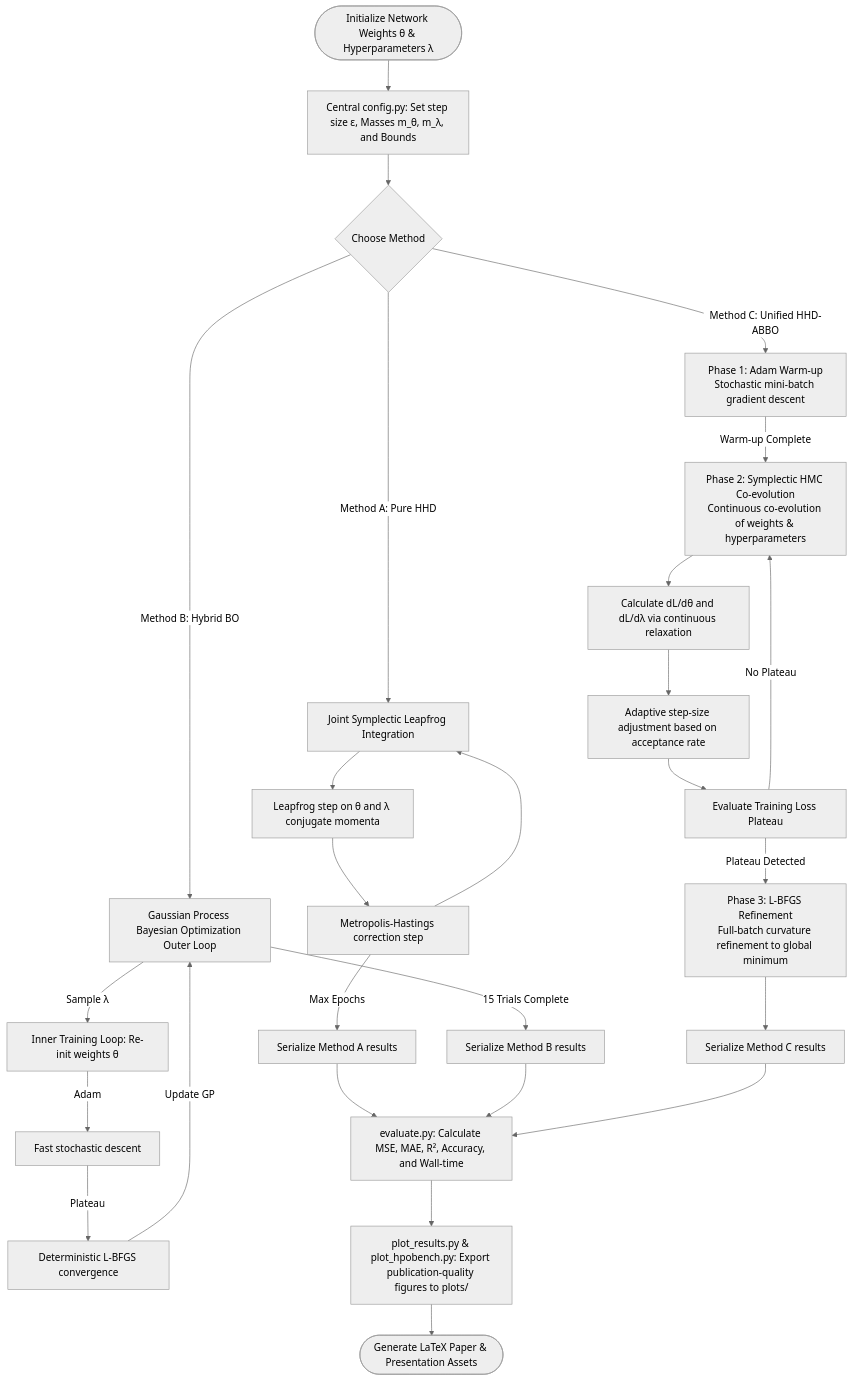
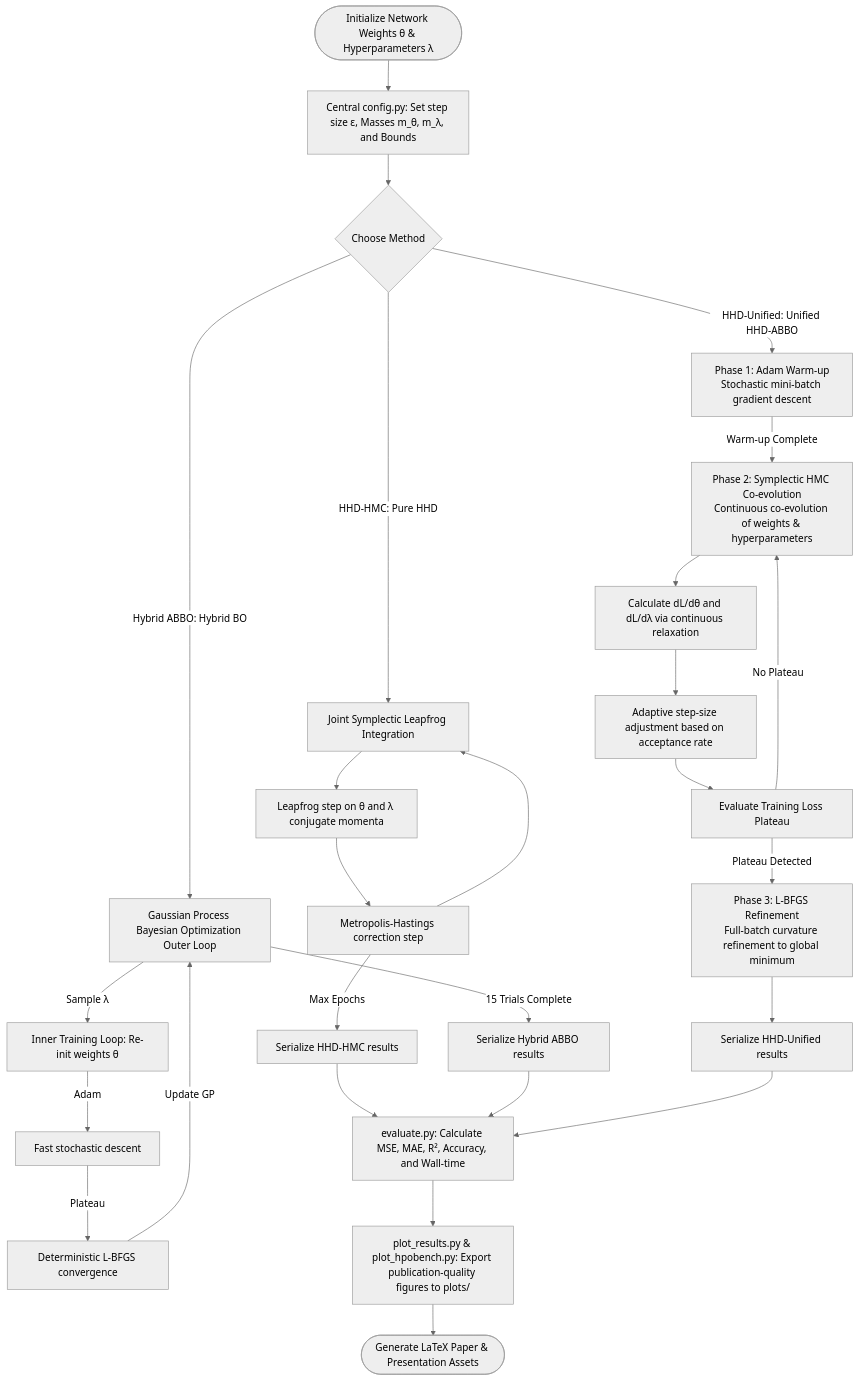
One commit to cyphlia/HPO-HMC changed the diagram in docs/presentation_details.md. Above: the diagram before and after it, drawn with Mermaid (neutral theme). The commit also changed other lines of this file and 509 other files, not shown here.

````diff
--- a/docs/presentation_details.md
+++ b/docs/presentation_details.md
@@ -20,36 +20,36 @@
 ```mermaid
 graph TD
     %% Base Setup
     Start([Initialize Network Weights θ & Hyperparameters λ]) --> Config[Central config.py: Set step size ε, Masses m_θ, m_λ, and Bounds]
     Config --> Dispatch{Choose Method}
 
-    %% Method A Path
-    Dispatch -->|Method A: Pure HHD| HHD_Loop[Joint Symplectic Leapfrog Integration]
+    %% HHD-HMC Path
+    Dispatch -->|HHD-HMC: Pure HHD| HHD_Loop[Joint Symplectic Leapfrog Integration]
     HHD_Loop --> HHD_Step[Leapfrog step on θ and λ conjugate momenta]
     HHD_Step --> HHD_MH[Metropolis-Hastings correction step]
     HHD_MH --> HHD_Loop
-    HHD_MH -->|Max Epochs| SaveA[Serialize Method A results]
+    HHD_MH -->|Max Epochs| SaveA[Serialize HHD-HMC results]
 
-    %% Method B Path
-    Dispatch -->|Method B: Hybrid BO| BO_Loop[Gaussian Process Bayesian Optimization Outer Loop]
+    %% Hybrid ABBO Path
+    Dispatch -->|Hybrid ABBO: Hybrid BO| BO_Loop[Gaussian Process Bayesian Optimization Outer Loop]
     BO_Loop -->|Sample λ| Inner_Train[Inner Training Loop: Re-init weights θ]
     Inner_Train -->|Adam| Adam_Decent[Fast stochastic descent]
     Adam_Decent -->|Plateau| LBFGS_Refine[Deterministic L-BFGS convergence]
     LBFGS_Refine -->|Update GP| BO_Loop
-    BO_Loop -->|15 Trials Complete| SaveB[Serialize Method B results]
+    BO_Loop -->|15 Trials Complete| SaveB[Serialize Hybrid ABBO results]
 
-    %% Method C Path
-    Dispatch -->|Method C: Unified HHD-ABBO| Phase1[Phase 1: Adam Warm-up\nStochastic mini-batch gradient descent]
+    %% HHD-Unified Path
+    Dispatch -->|HHD-Unified: Unified HHD-ABBO| Phase1[Phase 1: Adam Warm-up\nStochastic mini-batch gradient descent]
     Phase1 -->|Warm-up Complete| Phase2[Phase 2: Symplectic HMC Co-evolution\nContinuous co-evolution of weights & hyperparameters]
     Phase2 --> HMC_Step[Calculate dL/dθ and dL/dλ via continuous relaxation]
     HMC_Step --> HMC_Adapt[Adaptive step-size adjustment based on acceptance rate]
     HMC_Adapt --> EvalLoss[Evaluate Training Loss Plateau]
     EvalLoss -->|Plateau Detected| Phase3[Phase 3: L-BFGS Refinement\nFull-batch curvature refinement to global minimum]
-    Phase3 --> SaveC[Serialize Method C results]
+    Phase3 --> SaveC[Serialize HHD-Unified results]
     EvalLoss -->|No Plateau| Phase2
 
     %% Output
     SaveA & SaveB & SaveC --> Evaluate[evaluate.py: Calculate MSE, MAE, R², Accuracy, and Wall-time]
     Evaluate --> Plot[plot_results.py & plot_hpobench.py: Export publication-quality figures to plots/]
     Plot --> Output([Generate LaTeX Paper & Presentation Assets])
 ```
````
